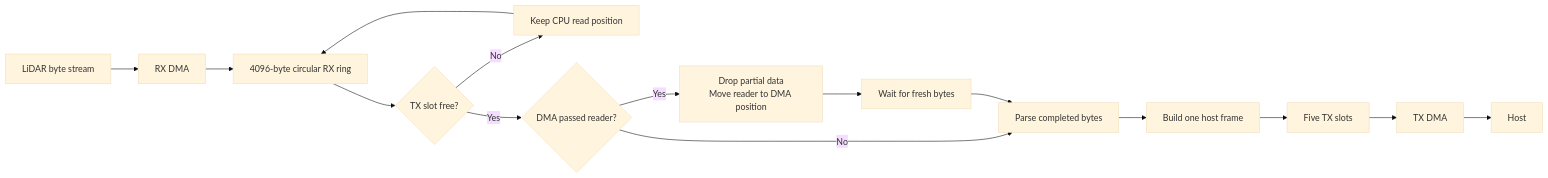
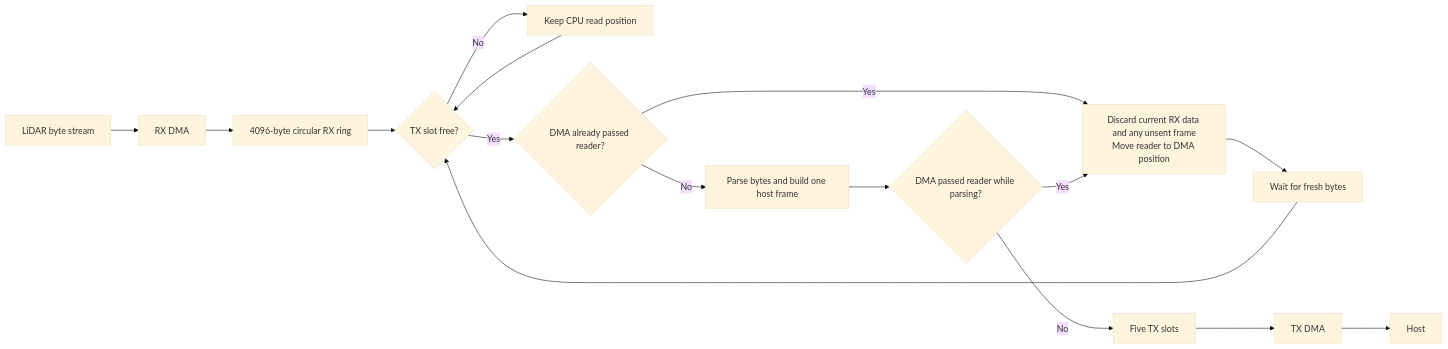
One commit to kei185/sensor-echo changed the first of 5 diagrams in docs/protocol.md. Above: the diagram before and after it, drawn with Mermaid (base theme). The commit also changed other lines of this file, not shown here.

````diff
--- a/docs/protocol.md
+++ b/docs/protocol.md
@@ -13,17 +13,18 @@
 ```mermaid
 flowchart LR
     lidar["LiDAR byte stream"] --> rx_dma["RX DMA"]
     rx_dma --> rx_ring["4096-byte circular RX ring"]
     rx_ring --> free{"TX slot free?"}
     free -- No --> pause["Keep CPU read position"]
-    pause --> rx_ring
-    free -- Yes --> overrun{"DMA passed reader?"}
-    overrun -- Yes --> drop["Drop partial data<br/>Move reader to DMA position"]
+    pause --> free
+    free -- Yes --> before{"DMA already passed reader?"}
+    before -- Yes --> drop["Discard current RX data and any unsent frame<br/>Move reader to DMA position"]
+    before -- No --> parse["Parse bytes and build one host frame"]
+    parse --> after{"DMA passed reader while parsing?"}
+    after -- Yes --> drop
+    after -- No --> tx_queue["Five TX slots"]
     drop --> fresh["Wait for fresh bytes"]
-    overrun -- No --> parse["Parse completed bytes"]
-    fresh --> parse
-    parse --> frame["Build one host frame"]
-    frame --> tx_queue["Five TX slots"]
+    fresh --> free
     tx_queue --> tx_dma["TX DMA"]
     tx_dma --> host["Host"]
 ```
````
